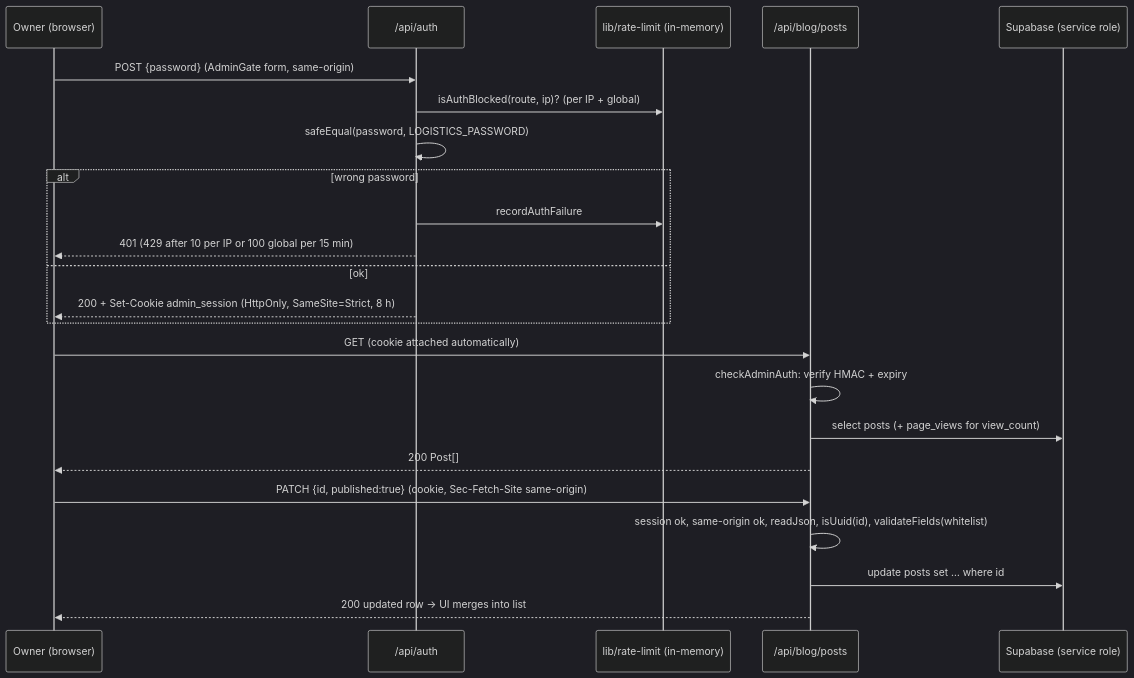
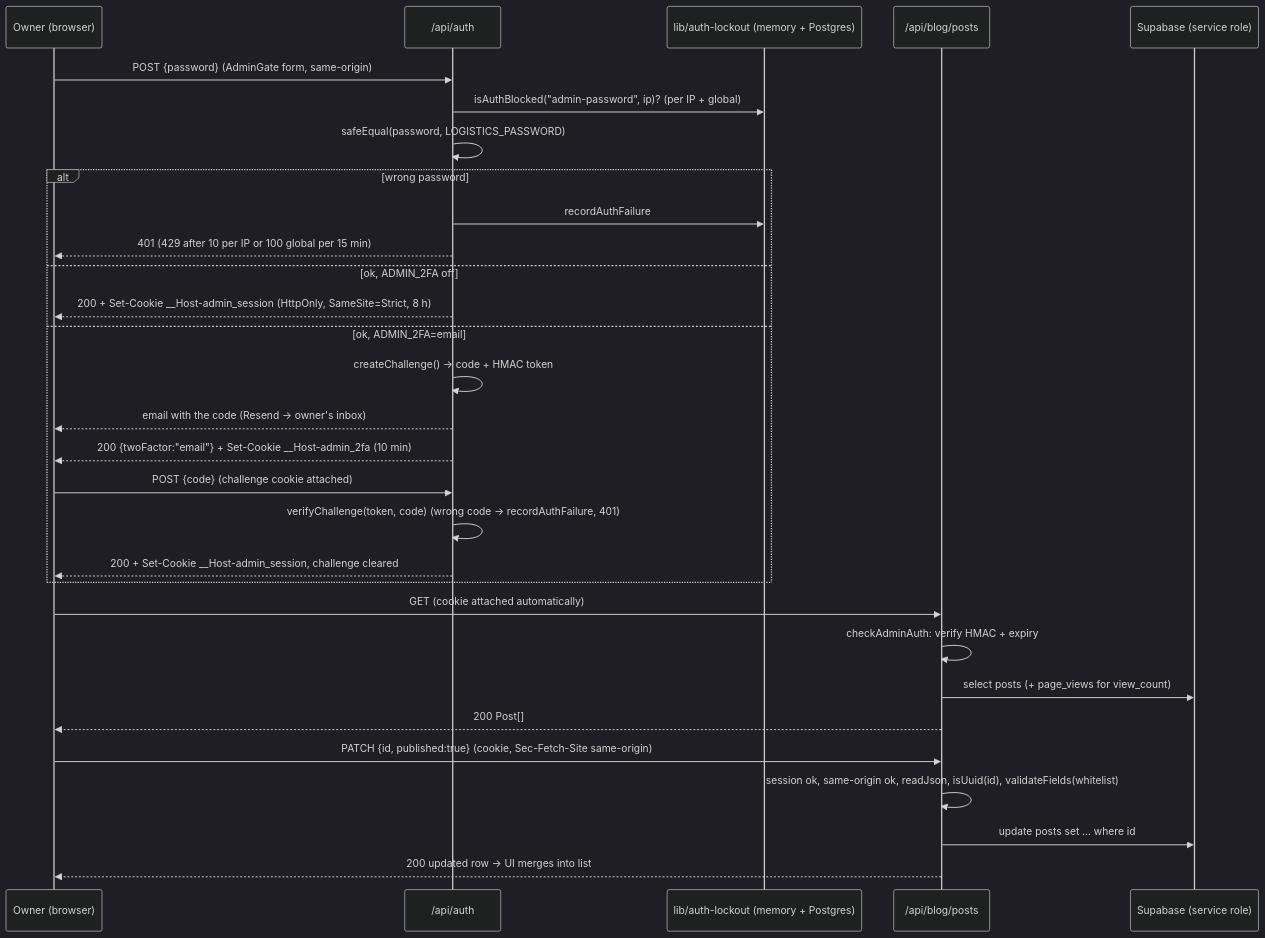
Before and after one commit to JorgeVilano500/PortfolioMkV: the third of 4 diagrams in ARCHITECTURE.md, drawn with Mermaid (dark theme). The commit also changed other lines of this file and 51 other files, not shown here.

````diff
--- a/ARCHITECTURE.md
+++ b/ARCHITECTURE.md
@@ -312,25 +330,32 @@
 ```mermaid
 sequenceDiagram
     participant U as Owner (browser)
     participant AU as /api/auth
-    participant RL as lib/rate-limit (in-memory)
+    participant RL as lib/auth-lockout (memory + Postgres)
     participant A as /api/blog/posts
     participant DB as Supabase (service role)
     U->>AU: POST {password} (AdminGate form, same-origin)
-    AU->>RL: isAuthBlocked(route, ip)? (per IP + global)
+    AU->>RL: isAuthBlocked("admin-password", ip)? (per IP + global)
     AU->>AU: safeEqual(password, LOGISTICS_PASSWORD)
     alt wrong password
         AU->>RL: recordAuthFailure
         AU-->>U: 401 (429 after 10 per IP or 100 global per 15 min)
-    else ok
-        AU-->>U: 200 + Set-Cookie admin_session (HttpOnly, SameSite=Strict, 8 h)
+    else ok, ADMIN_2FA off
+        AU-->>U: 200 + Set-Cookie __Host-admin_session (HttpOnly, SameSite=Strict, 8 h)
+    else ok, ADMIN_2FA=email
+        AU->>AU: createChallenge() → code + HMAC token
+        AU-->>U: email with the code (Resend → owner's inbox)
+        AU-->>U: 200 {twoFactor:"email"} + Set-Cookie __Host-admin_2fa (10 min)
+        U->>AU: POST {code} (challenge cookie attached)
+        AU->>AU: verifyChallenge(token, code) (wrong code → recordAuthFailure, 401)
+        AU-->>U: 200 + Set-Cookie __Host-admin_session, challenge cleared
     end
     U->>A: GET (cookie attached automatically)
     A->>A: checkAdminAuth: verify HMAC + expiry
     A->>DB: select posts (+ page_views for view_count)
     A-->>U: 200 Post[]
     U->>A: PATCH {id, published:true} (cookie, Sec-Fetch-Site same-origin)
     A->>A: session ok, same-origin ok, readJson, isUuid(id), validateFields(whitelist)
     A->>DB: update posts set … where id
     A-->>U: 200 updated row → UI merges into list
 ```
````
